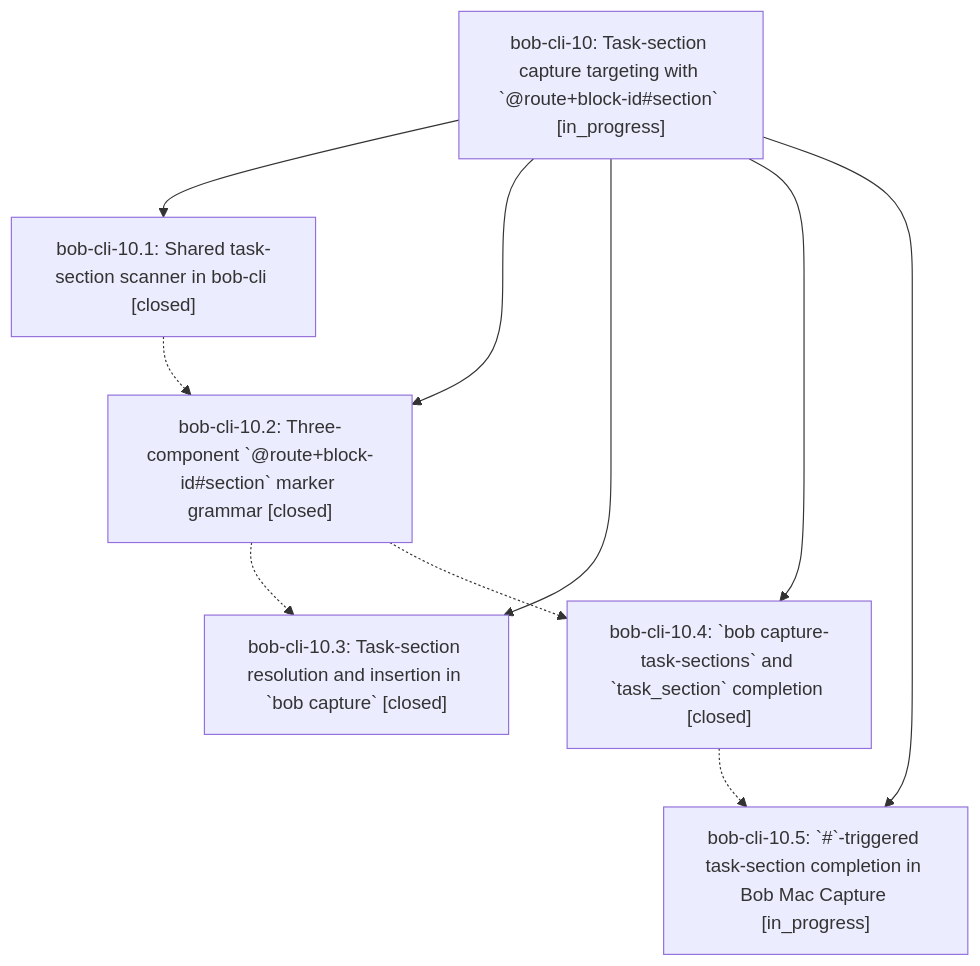
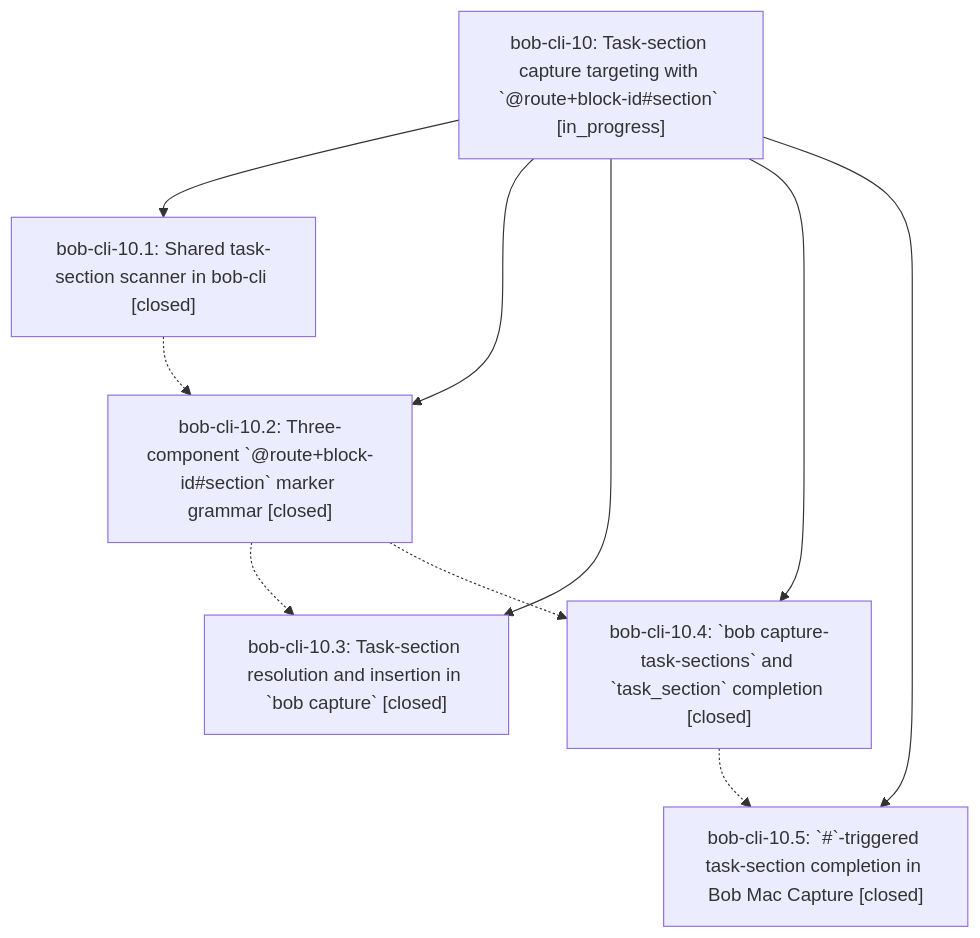
Before and after one commit to bobs-org/bob-cli--beads: the diagram in pages/bob-cli-10/README.md, drawn with Mermaid. The commit also changed other lines of this file and 3 other files, not shown here.

First line of the commit message:
chore(beads): sync bead state and pages for bob-cli-10

````diff
--- a/pages/bob-cli-10/README.md
+++ b/pages/bob-cli-10/README.md
@@ -26,18 +26,18 @@
 ```mermaid
 flowchart TD
     n0["bob-cli-10: Task-section capture targeting with `@route+block-id#section` [in_progress]"]
     n1["bob-cli-10.1: Shared task-section scanner in bob-cli [closed]"]
     n2["bob-cli-10.2: Three-component `@route+block-id#section` marker grammar [closed]"]
     n3["bob-cli-10.3: Task-section resolution and insertion in `bob capture` [closed]"]
     n4["bob-cli-10.4: `bob capture-task-sections` and `task_section` completion [closed]"]
-    n5["bob-cli-10.5: `#`-triggered task-section completion in Bob Mac Capture [in_progress]"]
+    n5["bob-cli-10.5: `#`-triggered task-section completion in Bob Mac Capture [closed]"]
     n0 --> n1
     n0 --> n2
     n0 --> n3
     n0 --> n4
     n0 --> n5
     n1 -.-> n2
     n2 -.-> n3
     n2 -.-> n4
     n4 -.-> n5
 ```
````
